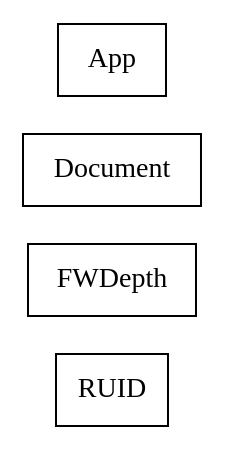
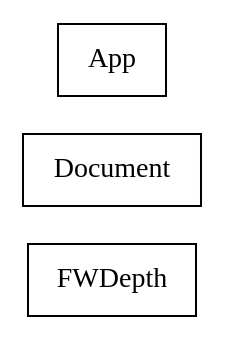
One commit to sekati/sasapi changed the diagram in docs/com/sekati/core/classes.dot. Above: the diagram before and after it, drawn with Graphviz. The commit also changed 87 other files, not shown here.

Commit message:
com.sekati.crypt marker interfaces added.

```diff
--- a/docs/com/sekati/core/classes.dot
+++ b/docs/com/sekati/core/classes.dot
@@ -1,27 +1,21 @@
 strict digraph class_diagram {
   rankdir=LR;
-  TypeRUID[
-    label="RUID",
-    URL="RUID.html",
-    tooltip="com.sekati.core.RUID",
-    shape="record"
-  ];
   TypeFWDepth[
     label="FWDepth",
     URL="FWDepth.html",
     tooltip="com.sekati.core.FWDepth",
     shape="record"
   ];
   TypeDocument[
     label="Document",
     URL="Document.html",
     tooltip="com.sekati.core.Document",
     shape="record"
   ];
   TypeApp[
     label="App",
     URL="App.html",
     tooltip="com.sekati.core.App",
     shape="record"
   ];
 }
```
